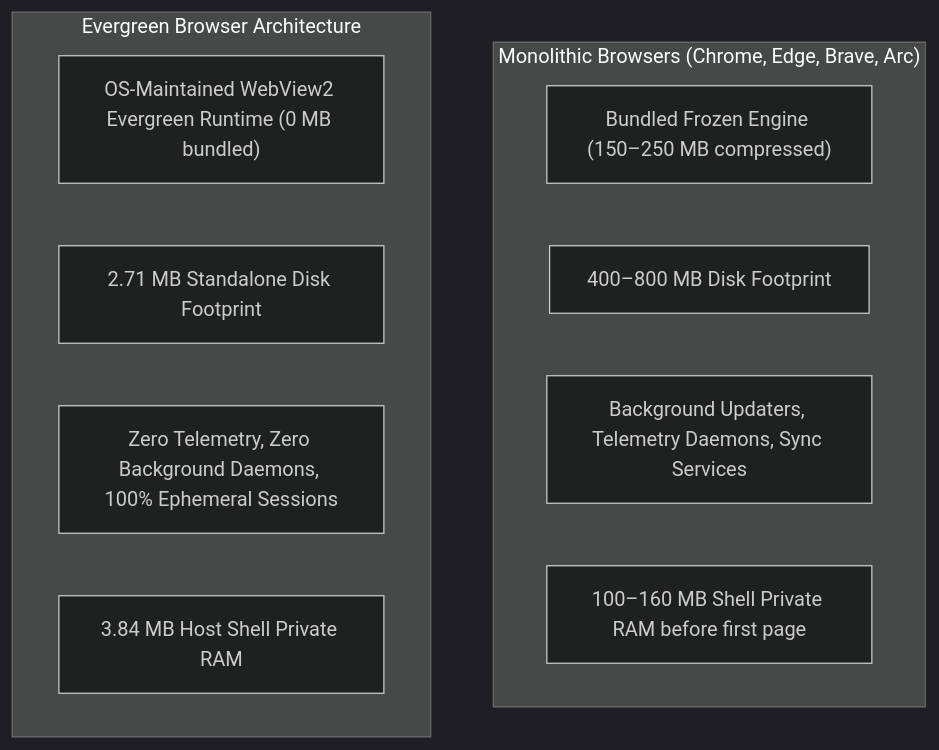
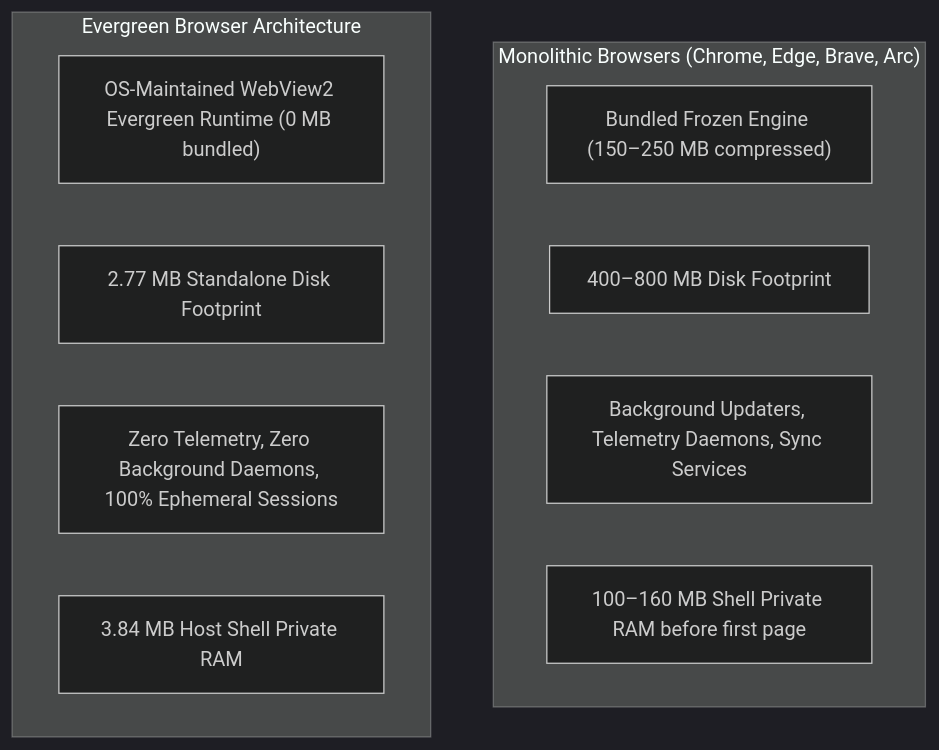
One commit to ParthAeron/evergreen-browser changed the first of 10 diagrams in docs/architecture.md. Above: the diagram before and after it, drawn with Mermaid (dark theme). The commit also changed other lines of this file and 4 other files, not shown here.

````diff
--- a/docs/architecture.md
+++ b/docs/architecture.md
@@ -11,16 +11,16 @@
 ```mermaid
 graph TD
     subgraph Monolithic ["Monolithic Browsers (Chrome, Edge, Brave, Arc)"]
         MonoPkg["Bundled Frozen Engine (150–250 MB compressed)"]
         MonoDisk["400–800 MB Disk Footprint"]
         MonoDaemons["Background Updaters, Telemetry Daemons, Sync Services"]
         MonoRAM["100–160 MB Shell Private RAM before first page"]
     end
 
     subgraph Evergreen ["Evergreen Browser Architecture"]
         EGEngine["OS-Maintained WebView2 Evergreen Runtime (0 MB bundled)"]
-        EGDisk["2.71 MB Standalone Disk Footprint"]
+        EGDisk["2.77 MB Standalone Disk Footprint"]
         EGZero["Zero Telemetry, Zero Background Daemons, 100% Ephemeral Sessions"]
         EGRAM["3.84 MB Host Shell Private RAM"]
     end
 ```
````
